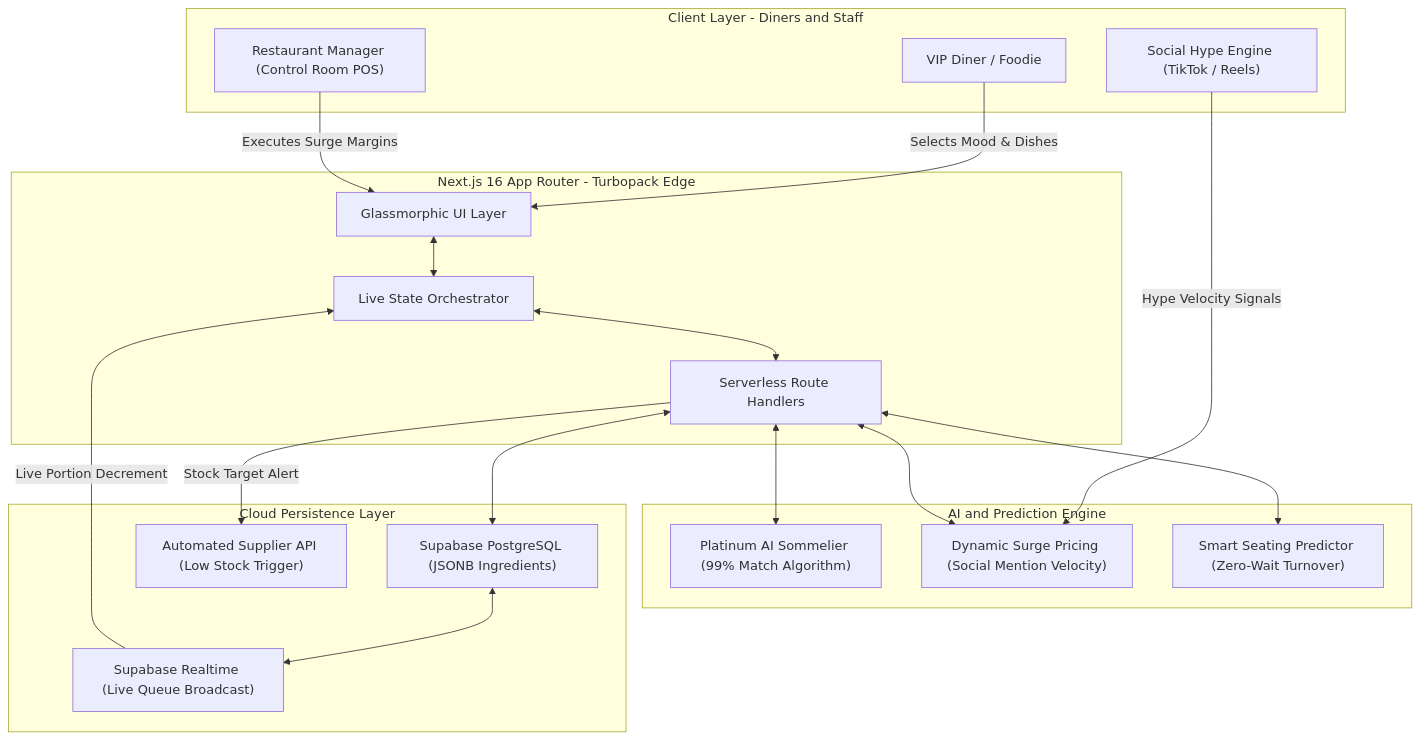
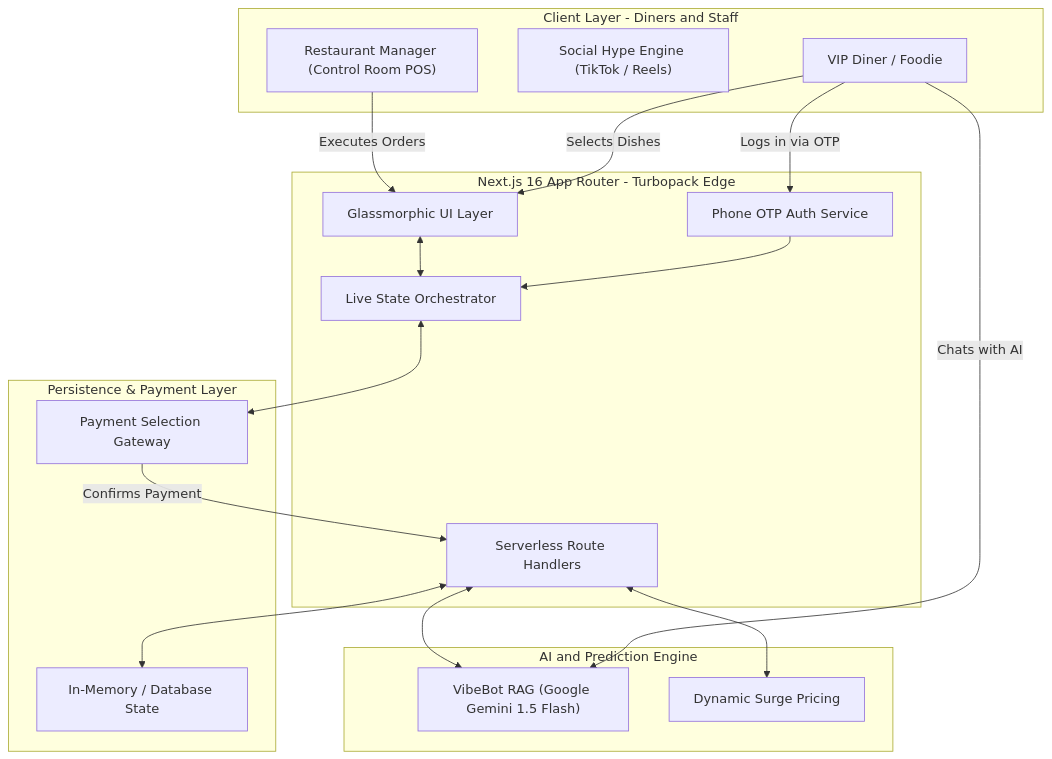
The first of 2 diagrams in README.md (gagan-5757/smart-restaurant), drawn with Mermaid before and after one commit. The commit also changed other lines of this file, not shown here.

Commit message:
Update README with Phone OTP Auth, Payment UI, and Gemini AI RAG features + diagrams

````diff
--- a/README.md
+++ b/README.md
@@ -68,39 +65,37 @@
 ```mermaid
 graph TB
     subgraph Clients [Client Layer - Diners and Staff]
         Diner["VIP Diner / Foodie"]
         Social["Social Hype Engine (TikTok / Reels)"]
         Manager["Restaurant Manager (Control Room POS)"]
     end
 
     subgraph Edge [Next.js 16 App Router - Turbopack Edge]
         UI["Glassmorphic UI Layer"]
+        Auth["Phone OTP Auth Service"]
         State["Live State Orchestrator"]
         API["Serverless Route Handlers"]
     end
 
     subgraph Intelligence [AI and Prediction Engine]
-        Sommelier["Platinum AI Sommelier (99% Match Algorithm)"]
-        Surge["Dynamic Surge Pricing (Social Mention Velocity)"]
-        Turnover["Smart Seating Predictor (Zero-Wait Turnover)"]
+        VibeBot["VibeBot RAG (Google Gemini 1.5 Flash)"]
+        Surge["Dynamic Surge Pricing"]
     end
 
-    subgraph Backend [Cloud Persistence Layer]
-        Supabase["Supabase PostgreSQL (JSONB Ingredients)"]
-        Realtime["Supabase Realtime (Live Queue Broadcast)"]
-        Supplier["Automated Supplier API (Low Stock Trigger)"]
+    subgraph Backend [Persistence & Payment Layer]
+        DataStore["In-Memory / Database State"]
+        PaymentUI["Payment Selection Gateway"]
     end
 
-    Diner -->|Selects Mood & Dishes| UI
-    Social -->|Hype Velocity Signals| Surge
-    Manager -->|Executes Surge Margins| UI
+    Diner -->|Logs in via OTP| Auth
+    Diner -->|Chats with AI| VibeBot
+    Diner -->|Selects Dishes| UI
+    Auth --> State
     UI <--> State
-    State <--> API
-    API <--> Sommelier
+    State <--> PaymentUI
+    PaymentUI -->|Confirms Payment| API
+    API <--> VibeBot
     API <--> Surge
-    API <--> Turnover
-    API <--> Supabase
-    Supabase <--> Realtime
-    Realtime -->|Live Portion Decrement| State
-    API -->|Stock Target Alert| Supplier
+    API <--> DataStore
+    Manager -->|Executes Orders| UI
 ```
````
